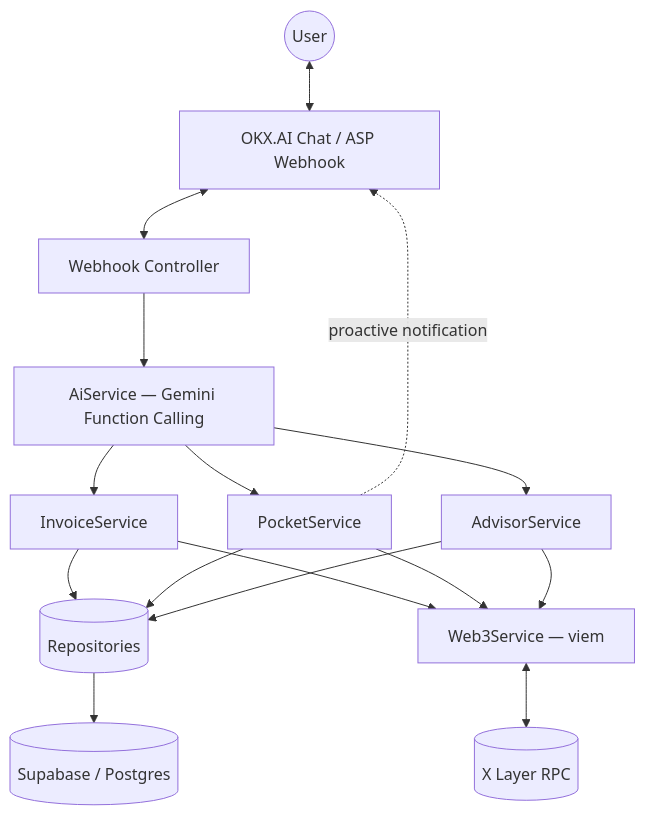
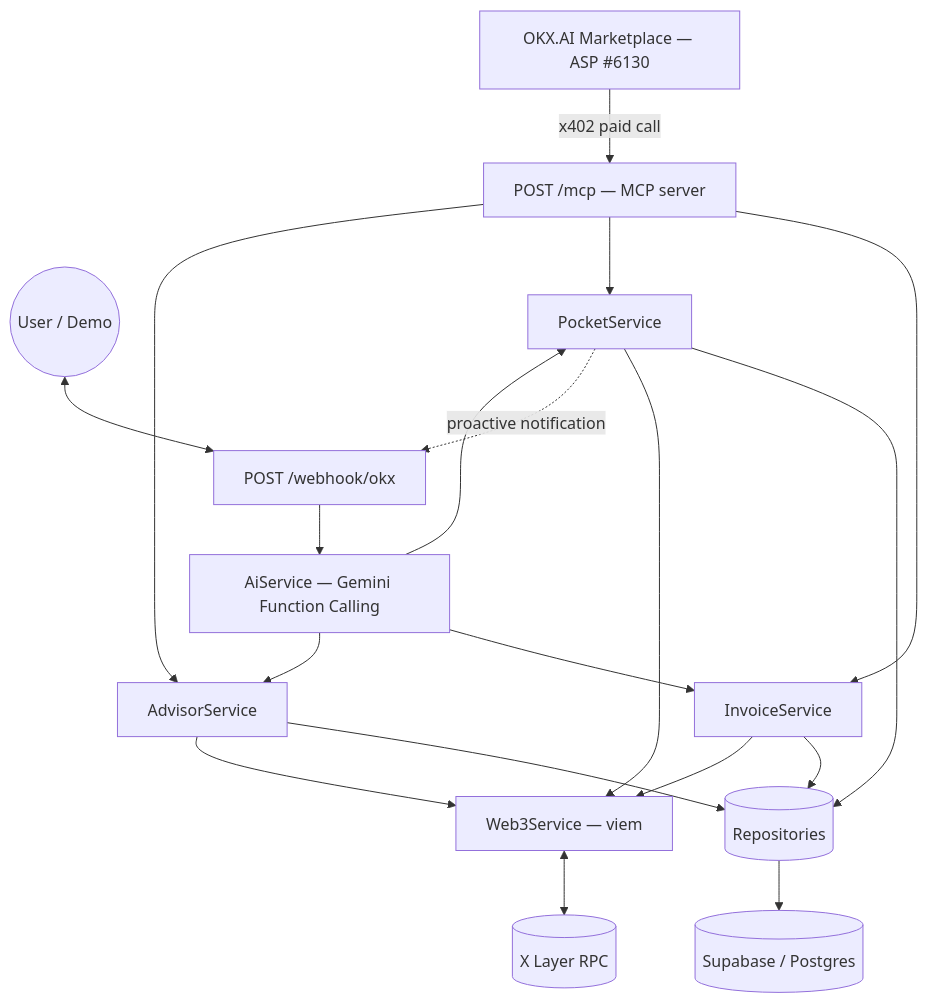
One commit to secondioprawiro/SoloFi-CFO changed the diagram in solofi-apps/README.MD. Above: the diagram before and after it, drawn with Mermaid. The commit also changed other lines of this file, not shown here.

First line of the commit message:
docs: update README for ASP registration, MCP, and x402 integration

````diff
--- a/solofi-apps/README.MD
+++ b/solofi-apps/README.MD
@@ -41,21 +49,24 @@
 ```mermaid
 flowchart TB
-    User((User)) <--> OKX[OKX.AI Chat / ASP Webhook]
-    OKX <--> Ctrl[Webhook Controller]
-    Ctrl --> AiSvc[AiService — Gemini Function Calling]
-    AiSvc --> InvoiceSvc[InvoiceService]
-    AiSvc --> PocketSvc[PocketService]
-    AiSvc --> AdvisorSvc[AdvisorService]
+    OKXMarket[OKX.AI Marketplace — ASP #6130] -- x402 paid call --> Mcp[POST /mcp — MCP server]
+    User((User / Demo)) <--> Webhook[POST /webhook/okx]
+    Webhook --> AiSvc[AiService — Gemini Function Calling]
+    Mcp --> InvoiceSvc[InvoiceService]
+    Mcp --> PocketSvc[PocketService]
+    Mcp --> AdvisorSvc[AdvisorService]
+    AiSvc --> InvoiceSvc
+    AiSvc --> PocketSvc
+    AiSvc --> AdvisorSvc
 
     InvoiceSvc --> Repo[(Repositories)]
     PocketSvc --> Repo
     AdvisorSvc --> Repo
     Repo --> DB[(Supabase / Postgres)]
 
     InvoiceSvc --> Web3Svc[Web3Service — viem]
     PocketSvc --> Web3Svc
     AdvisorSvc --> Web3Svc
     Web3Svc <--> XLayer[(X Layer RPC)]
 
-    PocketSvc -.proactive notification.-> OKX
+    PocketSvc -.proactive notification.-> Webhook
 ```
````
